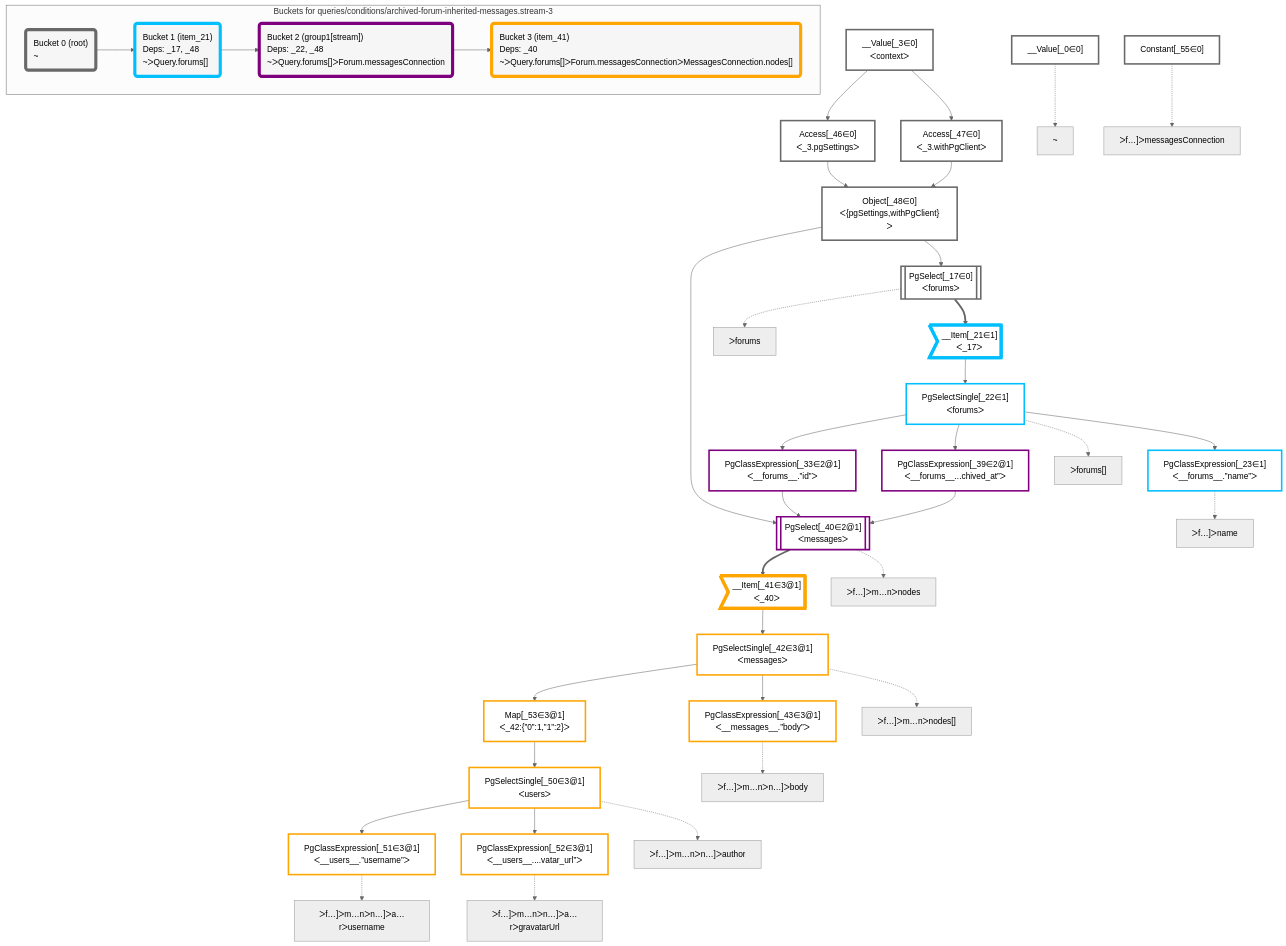
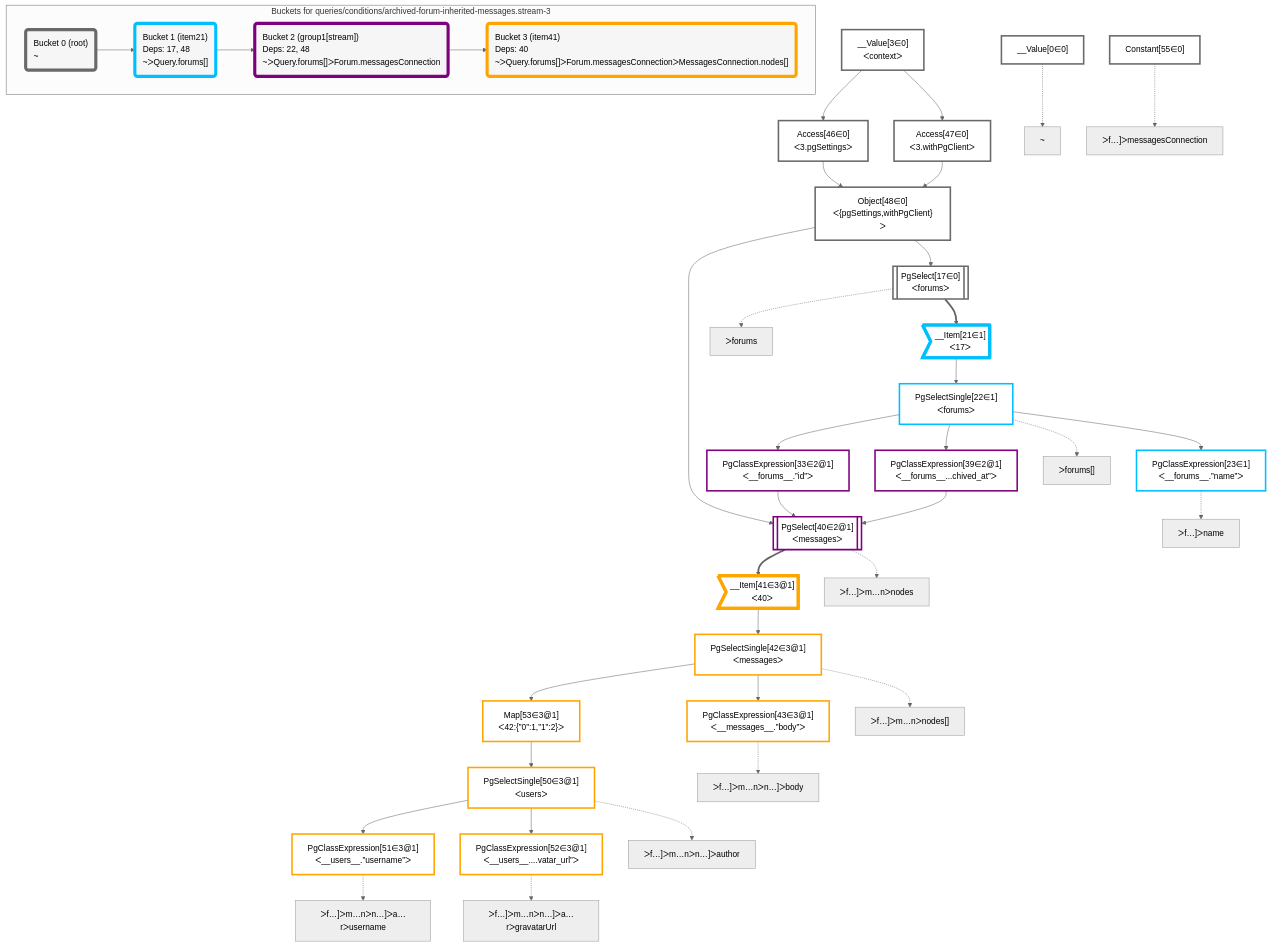
Before and after one commit to graphile/crystal: the diagram in packages/dataplan-pg/__tests__/queries/conditions/archived-forum-inherited-messages.stream-3.mermaid.md, drawn with Mermaid (neutral theme). The commit also changed 195 other files, not shown here.

```diff
--- a/packages/dataplan-pg/__tests__/queries/conditions/archived-forum-inherited-messages.stream-3.mermaid.md
+++ b/packages/dataplan-pg/__tests__/queries/conditions/archived-forum-inherited-messages.stream-3.mermaid.md
@@ -8,83 +8,83 @@
 
 
     %% define plans
-    __Value_0["__Value[_0∈0]"]:::plan
-    PgClassExpression_23["PgClassExpression[_23∈1]<br />ᐸ__forums__.”name”ᐳ"]:::plan
-    PgClassExpression_43["PgClassExpression[_43∈3@1]<br />ᐸ__messages__.”body”ᐳ"]:::plan
-    PgClassExpression_51["PgClassExpression[_51∈3@1]<br />ᐸ__users__.”username”ᐳ"]:::plan
-    PgClassExpression_52["PgClassExpression[_52∈3@1]<br />ᐸ__users__....vatar_url”ᐳ"]:::plan
-    PgSelectSingle_50["PgSelectSingle[_50∈3@1]<br />ᐸusersᐳ"]:::plan
-    Map_53["Map[_53∈3@1]<br />ᐸ_42:{”0”:1,”1”:2}ᐳ"]:::plan
-    PgSelectSingle_42["PgSelectSingle[_42∈3@1]<br />ᐸmessagesᐳ"]:::plan
-    __Item_41>"__Item[_41∈3@1]<br />ᐸ_40ᐳ"]:::itemplan
-    PgSelect_40[["PgSelect[_40∈2@1]<br />ᐸmessagesᐳ"]]:::plan
-    PgClassExpression_33["PgClassExpression[_33∈2@1]<br />ᐸ__forums__.”id”ᐳ"]:::plan
-    PgClassExpression_39["PgClassExpression[_39∈2@1]<br />ᐸ__forums__...chived_at”ᐳ"]:::plan
-    PgSelectSingle_22["PgSelectSingle[_22∈1]<br />ᐸforumsᐳ"]:::plan
-    __Item_21>"__Item[_21∈1]<br />ᐸ_17ᐳ"]:::itemplan
-    PgSelect_17[["PgSelect[_17∈0]<br />ᐸforumsᐳ"]]:::plan
-    Object_48["Object[_48∈0]<br />ᐸ{pgSettings,withPgClient}ᐳ"]:::plan
-    Access_46["Access[_46∈0]<br />ᐸ_3.pgSettingsᐳ"]:::plan
-    Access_47["Access[_47∈0]<br />ᐸ_3.withPgClientᐳ"]:::plan
-    __Value_3["__Value[_3∈0]<br />ᐸcontextᐳ"]:::plan
-    Constant_55["Constant[_55∈0]"]:::plan
+    __Value0["__Value[0∈0]"]:::plan
+    PgClassExpression23["PgClassExpression[23∈1]<br />ᐸ__forums__.”name”ᐳ"]:::plan
+    PgClassExpression43["PgClassExpression[43∈3@1]<br />ᐸ__messages__.”body”ᐳ"]:::plan
+    PgClassExpression51["PgClassExpression[51∈3@1]<br />ᐸ__users__.”username”ᐳ"]:::plan
+    PgClassExpression52["PgClassExpression[52∈3@1]<br />ᐸ__users__....vatar_url”ᐳ"]:::plan
+    PgSelectSingle50["PgSelectSingle[50∈3@1]<br />ᐸusersᐳ"]:::plan
+    Map53["Map[53∈3@1]<br />ᐸ42:{”0”:1,”1”:2}ᐳ"]:::plan
+    PgSelectSingle42["PgSelectSingle[42∈3@1]<br />ᐸmessagesᐳ"]:::plan
+    __Item41>"__Item[41∈3@1]<br />ᐸ40ᐳ"]:::itemplan
+    PgSelect40[["PgSelect[40∈2@1]<br />ᐸmessagesᐳ"]]:::plan
+    PgClassExpression33["PgClassExpression[33∈2@1]<br />ᐸ__forums__.”id”ᐳ"]:::plan
+    PgClassExpression39["PgClassExpression[39∈2@1]<br />ᐸ__forums__...chived_at”ᐳ"]:::plan
+    PgSelectSingle22["PgSelectSingle[22∈1]<br />ᐸforumsᐳ"]:::plan
+    __Item21>"__Item[21∈1]<br />ᐸ17ᐳ"]:::itemplan
+    PgSelect17[["PgSelect[17∈0]<br />ᐸforumsᐳ"]]:::plan
+    Object48["Object[48∈0]<br />ᐸ{pgSettings,withPgClient}ᐳ"]:::plan
+    Access46["Access[46∈0]<br />ᐸ3.pgSettingsᐳ"]:::plan
+    Access47["Access[47∈0]<br />ᐸ3.withPgClientᐳ"]:::plan
+    __Value3["__Value[3∈0]<br />ᐸcontextᐳ"]:::plan
+    Constant55["Constant[55∈0]"]:::plan
 
     %% plan dependencies
-    PgSelectSingle_22 --> PgClassExpression_23
-    PgSelectSingle_42 --> PgClassExpression_43
-    PgSelectSingle_50 --> PgClassExpression_51
-    PgSelectSingle_50 --> PgClassExpression_52
-    Map_53 --> PgSelectSingle_50
-    PgSelectSingle_42 --> Map_53
-    __Item_41 --> PgSelectSingle_42
-    PgSelect_40 ==> __Item_41
-    Object_48 & PgClassExpression_33 & PgClassExpression_39 --> PgSelect_40
-    PgSelectSingle_22 --> PgClassExpression_33
-    PgSelectSingle_22 --> PgClassExpression_39
-    __Item_21 --> PgSelectSingle_22
-    PgSelect_17 ==> __Item_21
-    Object_48 --> PgSelect_17
-    Access_46 & Access_47 --> Object_48
-    __Value_3 --> Access_46
-    __Value_3 --> Access_47
+    PgSelectSingle22 --> PgClassExpression23
+    PgSelectSingle42 --> PgClassExpression43
+    PgSelectSingle50 --> PgClassExpression51
+    PgSelectSingle50 --> PgClassExpression52
+    Map53 --> PgSelectSingle50
+    PgSelectSingle42 --> Map53
+    __Item41 --> PgSelectSingle42
+    PgSelect40 ==> __Item41
+    Object48 & PgClassExpression33 & PgClassExpression39 --> PgSelect40
+    PgSelectSingle22 --> PgClassExpression33
+    PgSelectSingle22 --> PgClassExpression39
+    __Item21 --> PgSelectSingle22
+    PgSelect17 ==> __Item21
+    Object48 --> PgSelect17
+    Access46 & Access47 --> Object48
+    __Value3 --> Access46
+    __Value3 --> Access47
 
     %% plan-to-path relationships
-    P_0["~"]
-    __Value_0 -.-> P_0
-    P_17["ᐳforums"]
-    PgSelect_17 -.-> P_17
-    P_22["ᐳforums[]"]
-    PgSelectSingle_22 -.-> P_22
-    P_23["ᐳf…]ᐳname"]
-    PgClassExpression_23 -.-> P_23
-    P_40["ᐳf…]ᐳm…nᐳnodes"]
-    PgSelect_40 -.-> P_40
-    P_42["ᐳf…]ᐳm…nᐳnodes[]"]
-    PgSelectSingle_42 -.-> P_42
-    P_43["ᐳf…]ᐳm…nᐳn…]ᐳbody"]
-    PgClassExpression_43 -.-> P_43
-    P_50["ᐳf…]ᐳm…nᐳn…]ᐳauthor"]
-    PgSelectSingle_50 -.-> P_50
-    P_51["ᐳf…]ᐳm…nᐳn…]ᐳa…rᐳusername"]
-    PgClassExpression_51 -.-> P_51
-    P_52["ᐳf…]ᐳm…nᐳn…]ᐳa…rᐳgravatarUrl"]
-    PgClassExpression_52 -.-> P_52
-    P_55["ᐳf…]ᐳmessagesConnection"]
-    Constant_55 -.-> P_55
+    P0["~"]
+    __Value0 -.-> P0
+    P17["ᐳforums"]
+    PgSelect17 -.-> P17
+    P22["ᐳforums[]"]
+    PgSelectSingle22 -.-> P22
+    P23["ᐳf…]ᐳname"]
+    PgClassExpression23 -.-> P23
+    P40["ᐳf…]ᐳm…nᐳnodes"]
+    PgSelect40 -.-> P40
+    P42["ᐳf…]ᐳm…nᐳnodes[]"]
+    PgSelectSingle42 -.-> P42
+    P43["ᐳf…]ᐳm…nᐳn…]ᐳbody"]
+    PgClassExpression43 -.-> P43
+    P50["ᐳf…]ᐳm…nᐳn…]ᐳauthor"]
+    PgSelectSingle50 -.-> P50
+    P51["ᐳf…]ᐳm…nᐳn…]ᐳa…rᐳusername"]
+    PgClassExpression51 -.-> P51
+    P52["ᐳf…]ᐳm…nᐳn…]ᐳa…rᐳgravatarUrl"]
+    PgClassExpression52 -.-> P52
+    P55["ᐳf…]ᐳmessagesConnection"]
+    Constant55 -.-> P55
 
     subgraph "Buckets for queries/conditions/archived-forum-inherited-messages.stream-3"
     Bucket0("Bucket 0 (root)<br />~"):::bucket
     classDef bucket0 stroke:#696969
-    class Bucket0,__Value_0,__Value_3,PgSelect_17,Access_46,Access_47,Object_48,Constant_55 bucket0
-    Bucket1("Bucket 1 (item_21)<br />Deps: _17, _48<br />~ᐳQuery.forums[]"):::bucket
+    class Bucket0,__Value0,__Value3,PgSelect17,Access46,Access47,Object48,Constant55 bucket0
+    Bucket1("Bucket 1 (item21)<br />Deps: 17, 48<br />~ᐳQuery.forums[]"):::bucket
     classDef bucket1 stroke:#00bfff
-    class Bucket1,__Item_21,PgSelectSingle_22,PgClassExpression_23 bucket1
-    Bucket2("Bucket 2 (group1[stream])<br />Deps: _22, _48<br />~ᐳQuery.forums[]ᐳForum.messagesConnection"):::bucket
+    class Bucket1,__Item21,PgSelectSingle22,PgClassExpression23 bucket1
+    Bucket2("Bucket 2 (group1[stream])<br />Deps: 22, 48<br />~ᐳQuery.forums[]ᐳForum.messagesConnection"):::bucket
     classDef bucket2 stroke:#7f007f
-    class Bucket2,PgClassExpression_33,PgClassExpression_39,PgSelect_40 bucket2
-    Bucket3("Bucket 3 (item_41)<br />Deps: _40<br />~ᐳQuery.forums[]ᐳForum.messagesConnectionᐳMessagesConnection.nodes[]"):::bucket
+    class Bucket2,PgClassExpression33,PgClassExpression39,PgSelect40 bucket2
+    Bucket3("Bucket 3 (item41)<br />Deps: 40<br />~ᐳQuery.forums[]ᐳForum.messagesConnectionᐳMessagesConnection.nodes[]"):::bucket
     classDef bucket3 stroke:#ffa500
-    class Bucket3,__Item_41,PgSelectSingle_42,PgClassExpression_43,PgSelectSingle_50,PgClassExpression_51,PgClassExpression_52,Map_53 bucket3
+    class Bucket3,__Item41,PgSelectSingle42,PgClassExpression43,PgSelectSingle50,PgClassExpression51,PgClassExpression52,Map53 bucket3
     Bucket0 --> Bucket1
     Bucket1 --> Bucket2
     Bucket2 --> Bucket3
```
